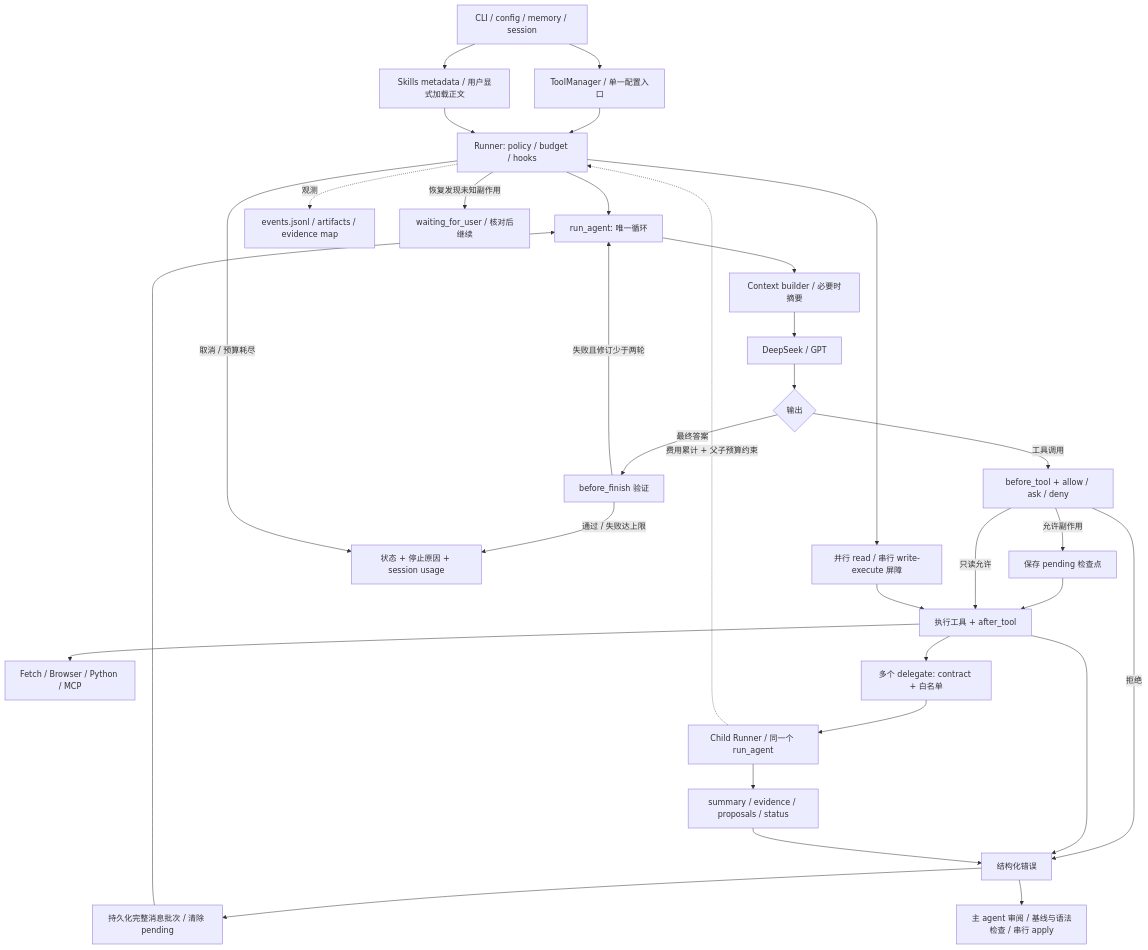
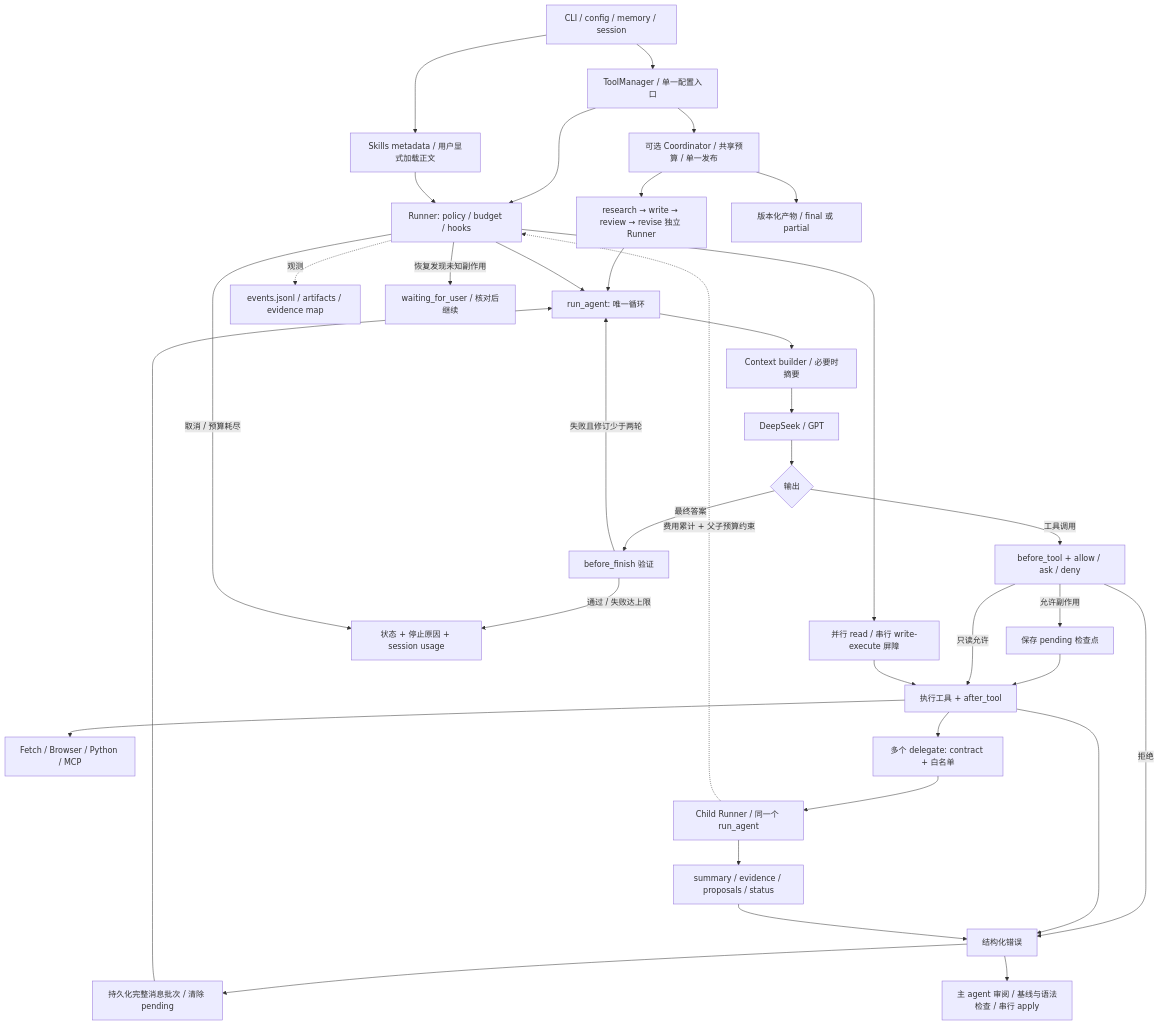
The first of 3 diagrams in docs/architecture.md (Huangsj1/ajAgent), drawn with Mermaid before and after one commit. The commit also changed other lines of this file and 23 other files, not shown here.

````diff
--- a/docs/architecture.md
+++ b/docs/architecture.md
@@ -3,34 +3,38 @@
 ```mermaid
 flowchart TD
     U[CLI / config / memory / session] --> TM[ToolManager / 单一配置入口]
     TM --> R[Runner: policy / budget / hooks]
+    TM --> CO[可选 Coordinator / 共享预算 / 单一发布]
+    CO --> N[research → write → review → revise 独立 Runner]
+    N --> L
+    CO --> A[版本化产物 / final 或 partial]
     R --> L[run_agent: 唯一循环]
     L --> C[Context builder / 必要时摘要]
     C --> M[DeepSeek / GPT]
     M --> D{输出}
     D -->|工具调用| P[before_tool + allow / ask / deny]
     P -->|允许副作用| I[保存 pending 检查点]
     I --> T[执行工具 + after_tool]
     P -->|只读允许| T
     P -->|拒绝| O[结构化错误]
     T --> O
     O --> S[持久化完整消息批次 / 清除 pending]
     S --> L
     D -->|最终答案| V[before_finish 验证]
     V -->|失败且修订少于两轮| L
     V -->|通过 / 失败达上限| F[状态 + 停止原因 + session usage]
     R -.观测.-> E[events.jsonl / artifacts / evidence map]
     U --> SK[Skills metadata / 用户显式加载正文]
     SK --> R
     R --> SR[并行 read / 串行 write-execute 屏障]
     SR --> T
     T --> X[Fetch / Browser / Python / MCP]
     T --> DE[多个 delegate: contract + 白名单]
     DE --> CR[Child Runner / 同一个 run_agent]
     CR --> HA[summary / evidence / proposals / status]
     HA --> O
     O --> AP[主 agent 审阅 / 基线与语法检查 / 串行 apply]
     CR -.费用累计 + 父子预算约束.-> R
     R -->|取消 / 预算耗尽| F
     R -->|恢复发现未知副作用| W[waiting_for_user / 核对后继续]
 ```
````
